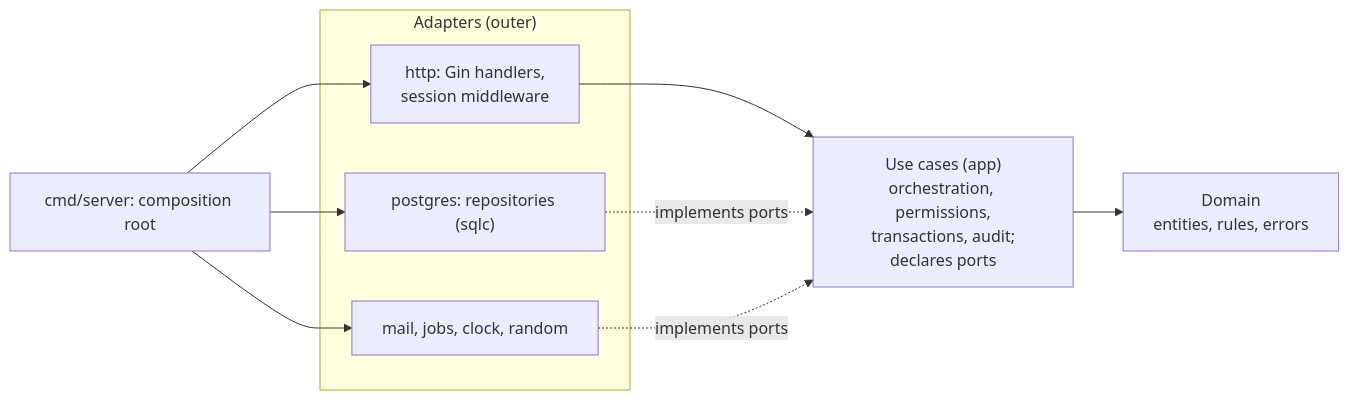
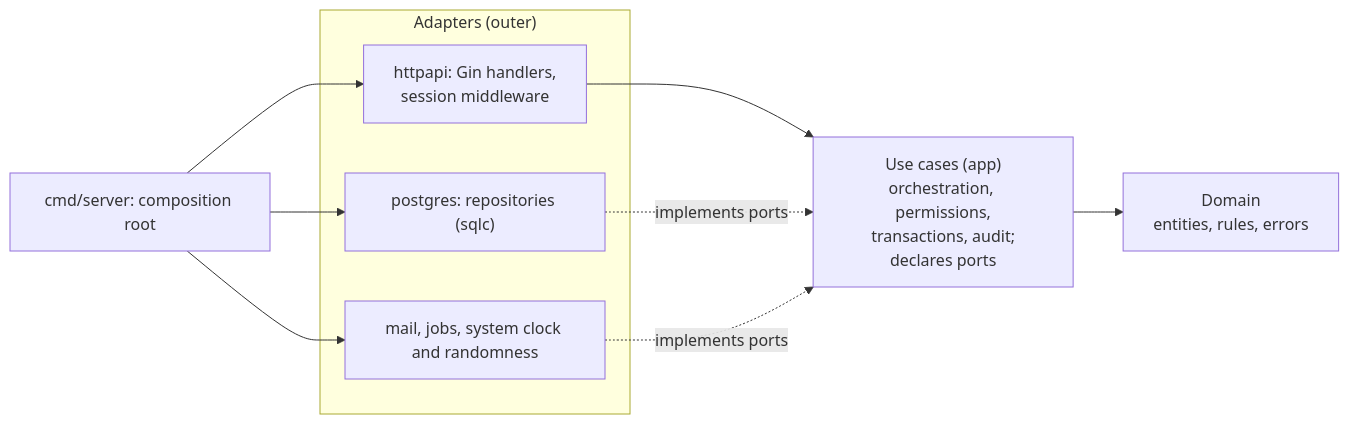
One commit to Naol86/passwordMang changed the diagram in server/CLAUDE.md. Above: the diagram before and after it, drawn with Mermaid. The commit also changed other lines of this file and 65 other files, not shown here.

````diff
--- a/server/CLAUDE.md
+++ b/server/CLAUDE.md
@@ -9,17 +9,17 @@
 ```mermaid
 flowchart LR
   subgraph Adapters["Adapters (outer)"]
-    HTTP["http: Gin handlers,<br/>session middleware"]
+    HTTP["httpapi: Gin handlers,<br/>session middleware"]
     PG["postgres: repositories (sqlc)"]
-    EXT["mail, jobs, clock, random"]
+    EXT["mail, jobs, system clock and randomness"]
   end
   UC["Use cases (app)<br/>orchestration, permissions,<br/>transactions, audit;<br/>declares ports"]
   DOM["Domain<br/>entities, rules, errors"]
   HTTP --> UC
   PG -. implements ports .-> UC
   EXT -. implements ports .-> UC
   UC --> DOM
   MAIN["cmd/server: composition root"] --> HTTP
   MAIN --> PG
   MAIN --> EXT
 ```
````
